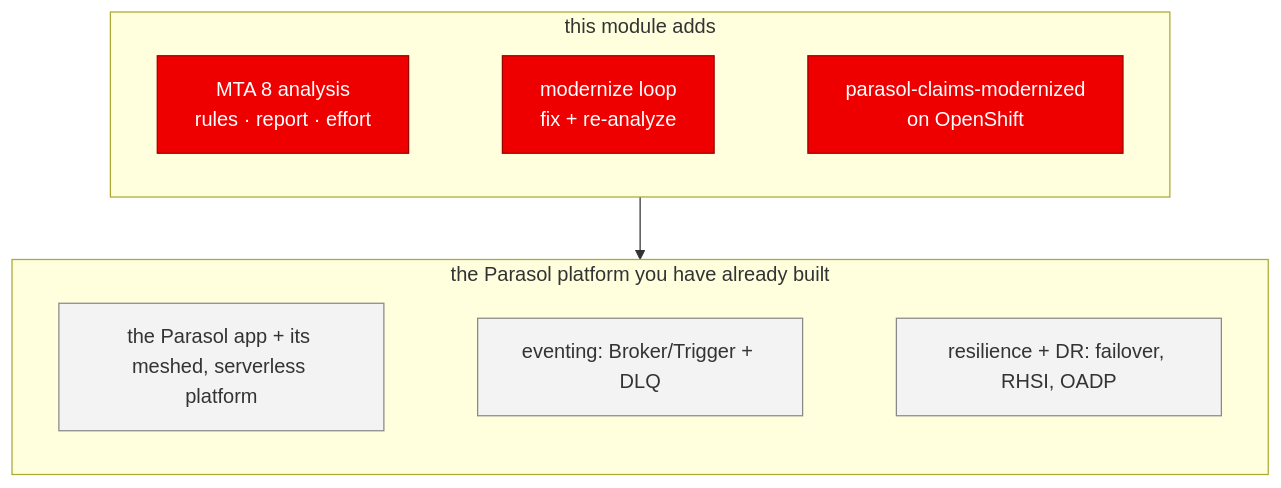
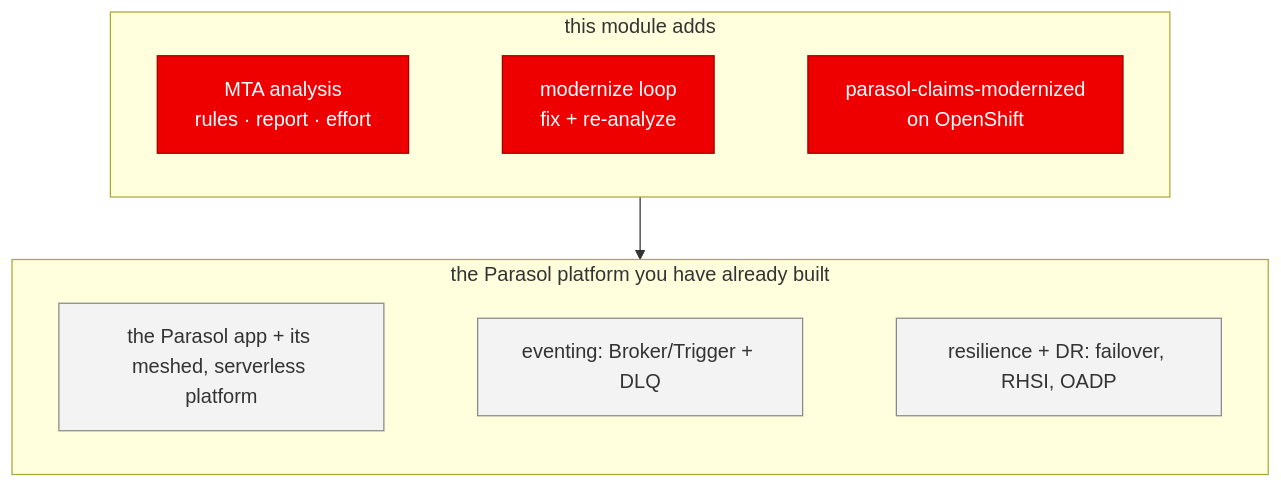
One commit to serhat-dirik/OCP-Getting-Started-Revamped changed the diagram in content/modules/ROOT/examples/diagrams/app-modernization/03-platform-accretion.mmd. Above: the diagram before and after it, drawn with Mermaid. The commit also changed 11 other files, not shown here.

First line of the commit message:
fix(content): convert the last diagrams to the house line-break and placeholder style

```diff
--- a/content/modules/ROOT/examples/diagrams/app-modernization/03-platform-accretion.mmd
+++ b/content/modules/ROOT/examples/diagrams/app-modernization/03-platform-accretion.mmd
@@ -1,26 +1,26 @@
 %% Platform accretion — Application Modernization (MTA + Lightspeed).
 %% ONE cumulative picture of the Parasol platform, with THIS module's layer lit up (red) on
 %% everything the attendee has already built (grey). Authored per module (owner decision
 %% 2026-07-28) rather than generated: explicit and readable, at the cost of keeping the grey
 %% base in step across all 12 when the platform changes. If you change the base here, change it
 %% in the sibling <module>/NN-platform-accretion.mmd files too.
 flowchart TB
   subgraph THIS["this module adds"]
     direction LR
-    AM1["MTA 8 analysis<br/>rules · report · effort"]
+    AM1["MTA analysis<br/>rules · report · effort"]
     AM2["modernize loop<br/>fix + re-analyze"]
     AM3["parasol-claims-modernized<br/>on OpenShift"]
     AM1 ~~~ AM2 ~~~ AM3
   end
   subgraph BASE["the Parasol platform you have already built"]
     direction LR
     P1["the Parasol app + its meshed, serverless platform"]
     P2["eventing: Broker/Trigger + DLQ"]
     P3["resilience + DR: failover, RHSI, OADP"]
     P1 ~~~ P2 ~~~ P3
   end
   THIS --> BASE
   classDef hi fill:#e00,stroke:#900,color:#fff;
   classDef plat fill:#f3f3f3,stroke:#888,color:#333;
   class AM1,AM2,AM3 hi;
   class P1,P2,P3 plat;
```
